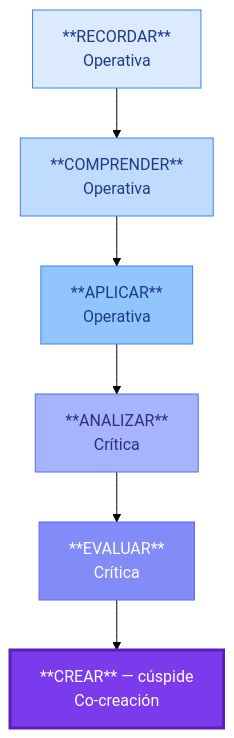
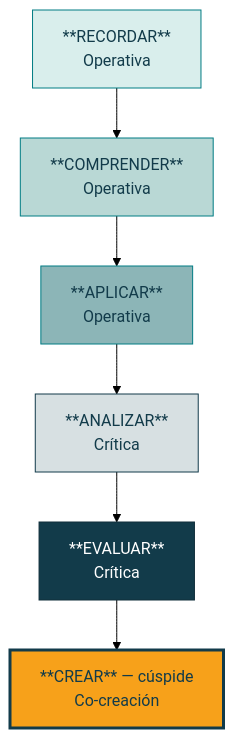
Before and after one commit to arqueon/aprendizaje-ia: the second of 3 diagrams in content/formacion-docente/mapa-literacidades-ia/index.md, drawn with Mermaid (forest theme). The commit also changed other lines of this file and 12 other files, not shown here.

```diff
--- a/content/formacion-docente/mapa-literacidades-ia/index.md
+++ b/content/formacion-docente/mapa-literacidades-ia/index.md
@@ -71,18 +96,18 @@
 {{< mermaid >}}
 flowchart TB
     C["**CREAR** — cúspide<br/>Co-creación"]
     EV["**EVALUAR**<br/>Crítica"]
     AN["**ANALIZAR**<br/>Crítica"]
     AP["**APLICAR**<br/>Operativa"]
     CO["**COMPRENDER**<br/>Operativa"]
     RE["**RECORDAR**<br/>Operativa"]
 
     RE --> CO --> AP --> AN --> EV --> C
 
-    style RE fill:#dbeafe,stroke:#3b82f6,color:#1e3a8a
-    style CO fill:#bfdbfe,stroke:#3b82f6,color:#1e3a8a
-    style AP fill:#93c5fd,stroke:#3b82f6,color:#1e3a8a
-    style AN fill:#a5b4fc,stroke:#6366f1,color:#312e81
-    style EV fill:#818cf8,stroke:#6366f1,color:#ffffff
-    style C fill:#7c3aed,stroke:#5b21b6,color:#ffffff,stroke-width:3px
+    style RE fill:#d9eeec,stroke:#007c83,color:#123b4a
+    style CO fill:#b9d8d5,stroke:#007c83,color:#123b4a
+    style AP fill:#8cb5b7,stroke:#007c83,color:#123b4a
+    style AN fill:#d7e0e2,stroke:#123b4a,color:#123b4a
+    style EV fill:#123b4a,stroke:#102e3a,color:#ffffff
+    style C fill:#f7a11a,stroke:#123b4a,color:#123b4a,stroke-width:3px
 {{< /mermaid >}}
```
